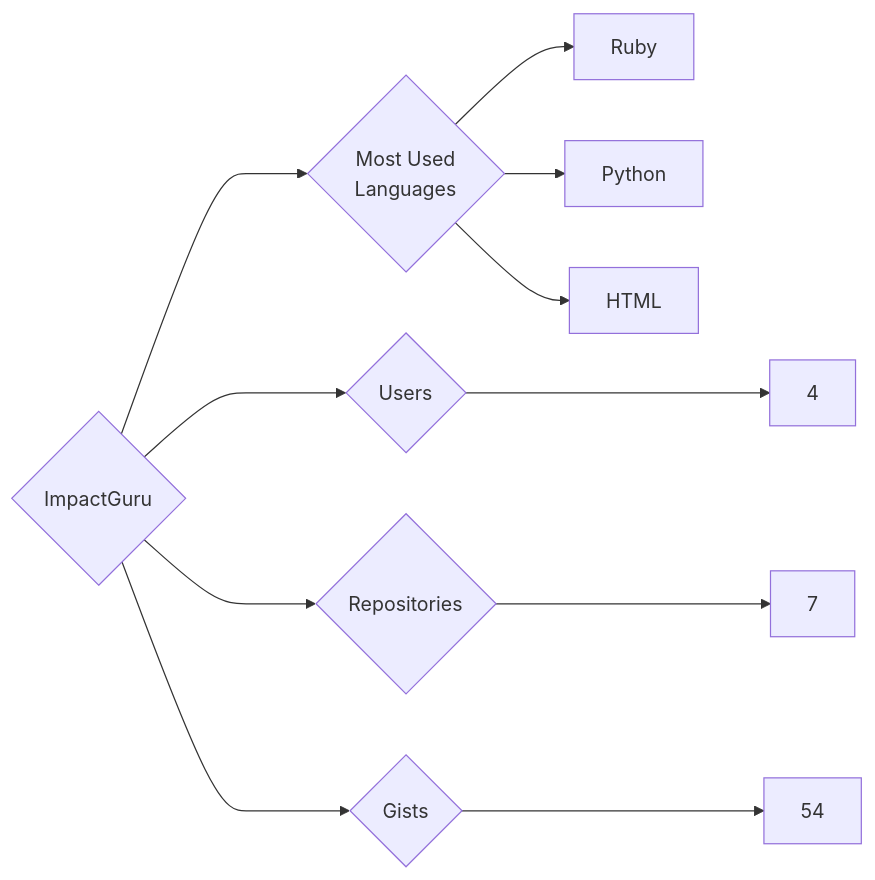
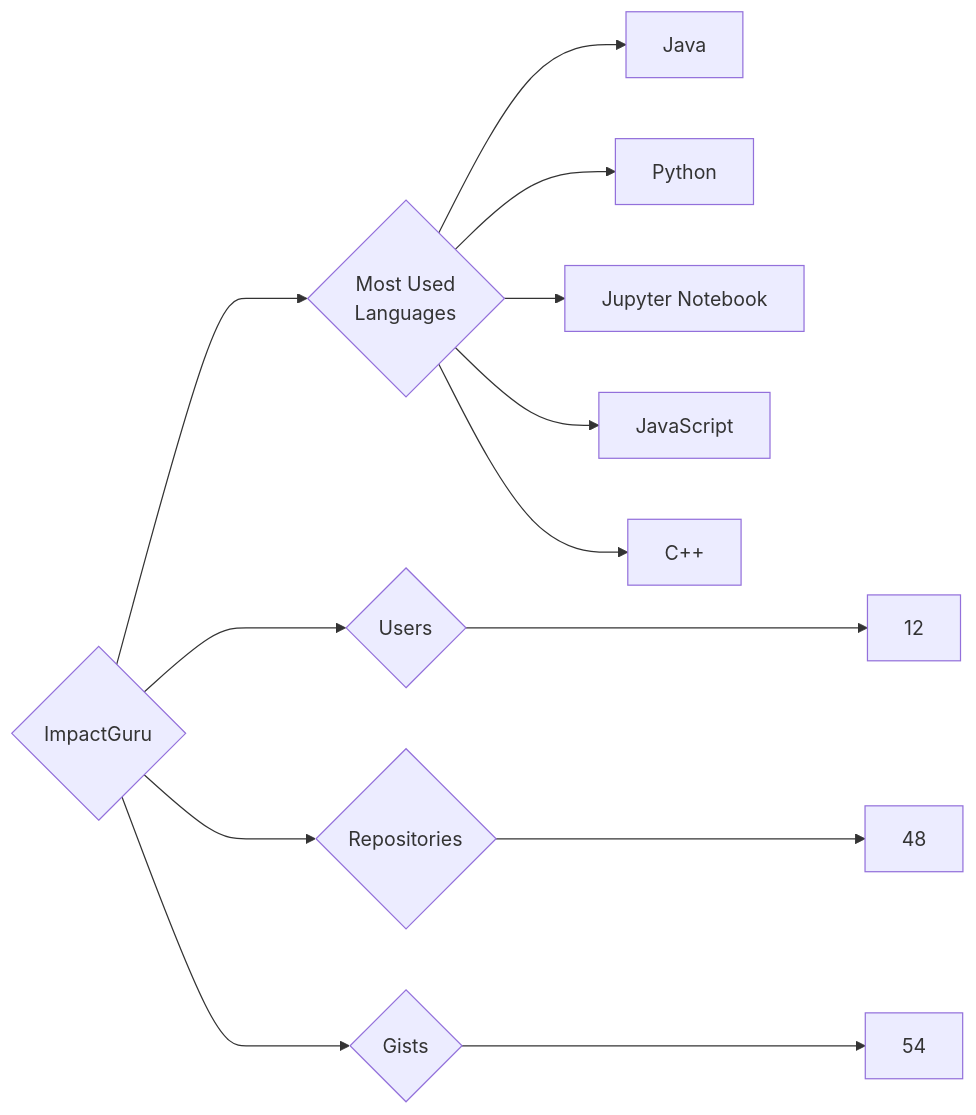
One commit to trickest/insiders changed the diagram in targets/ImpactGuru/README.md. Above: the diagram before and after it, drawn with Mermaid. The commit also changed 882 other files, not shown here.

````diff
--- a/targets/ImpactGuru/README.md
+++ b/targets/ImpactGuru/README.md
@@ -3,11 +3,13 @@
 ```mermaid
 graph LR
 COMPANY_NAME{ImpactGuru}
-COMPANY_NAME ---> U{Users} ---> UN[4]
-COMPANY_NAME ---> R{Repositories} ---> RN[7]
+COMPANY_NAME ---> U{Users} ---> UN[12]
+COMPANY_NAME ---> R{Repositories} ---> RN[48]
 COMPANY_NAME ---> G{Gists} ---> GN[54]
 COMPANY_NAME ---> ML{Most Used<br>Languages}
-ML --> Ruby[Ruby]
+ML --> Java[Java]
 ML --> Python[Python]
-ML --> HTML[HTML]
+ML --> Jupyter_Notebook[Jupyter Notebook]
+ML --> JavaScript[JavaScript]
+ML --> C++[C++]
 ```
````
